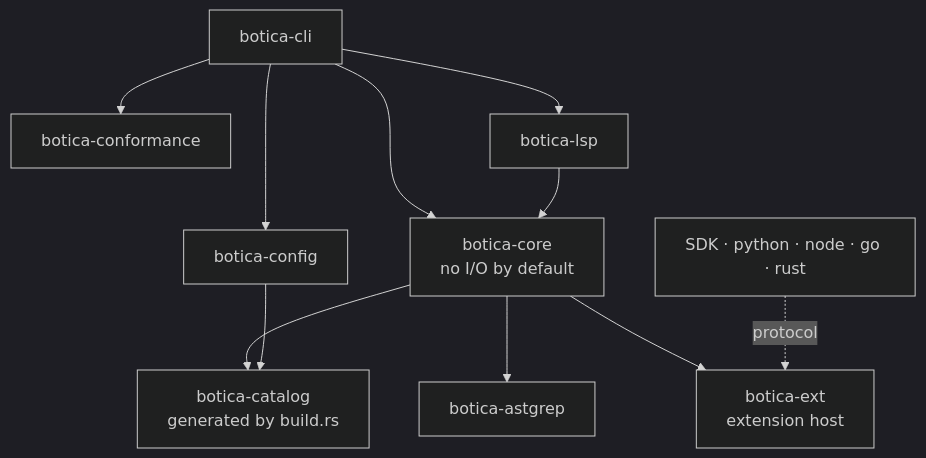
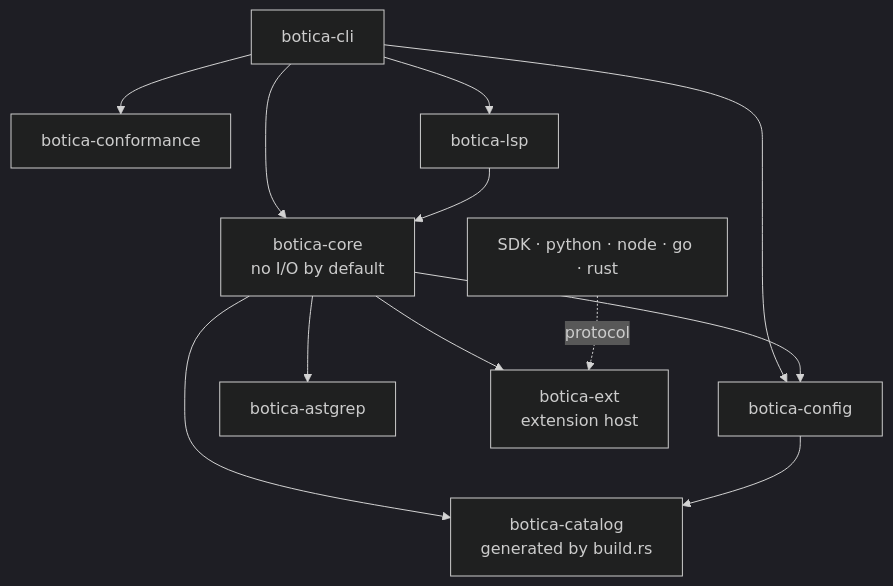
The second of 2 diagrams in docs/adr/0003-botica-lint-architecture.md (collectiveai-team/botica), drawn with Mermaid (dark theme) before and after one commit. The commit also changed other lines of this file and 57 other files, not shown here.

````diff
--- a/docs/adr/0003-botica-lint-architecture.md
+++ b/docs/adr/0003-botica-lint-architecture.md
@@ -42,13 +42,14 @@
 ```mermaid
 flowchart TD
   cli[botica-cli] --> core
   cli --> config[botica-config]
   cli --> conformance[botica-conformance]
   cli --> lsp[botica-lsp]
   lsp --> core
   core[botica-core<br/>no I/O by default] --> catalog[botica-catalog<br/>generated by build.rs]
   config --> catalog
   core --> astgrep[botica-astgrep]
   core --> ext[botica-ext<br/>extension host]
+  core --> config
   sdk[SDK · python · node · go · rust] -. protocol .-> ext
 ```
````
